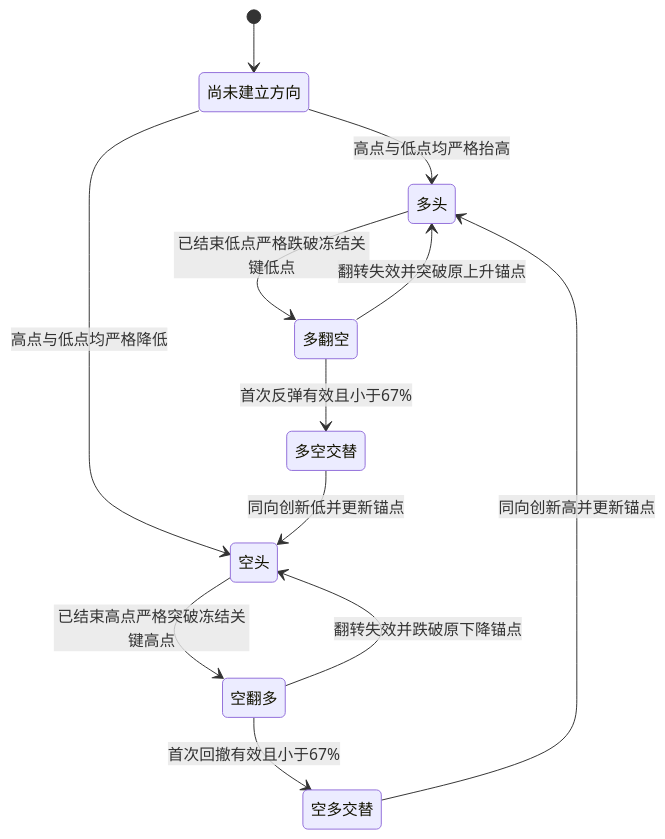
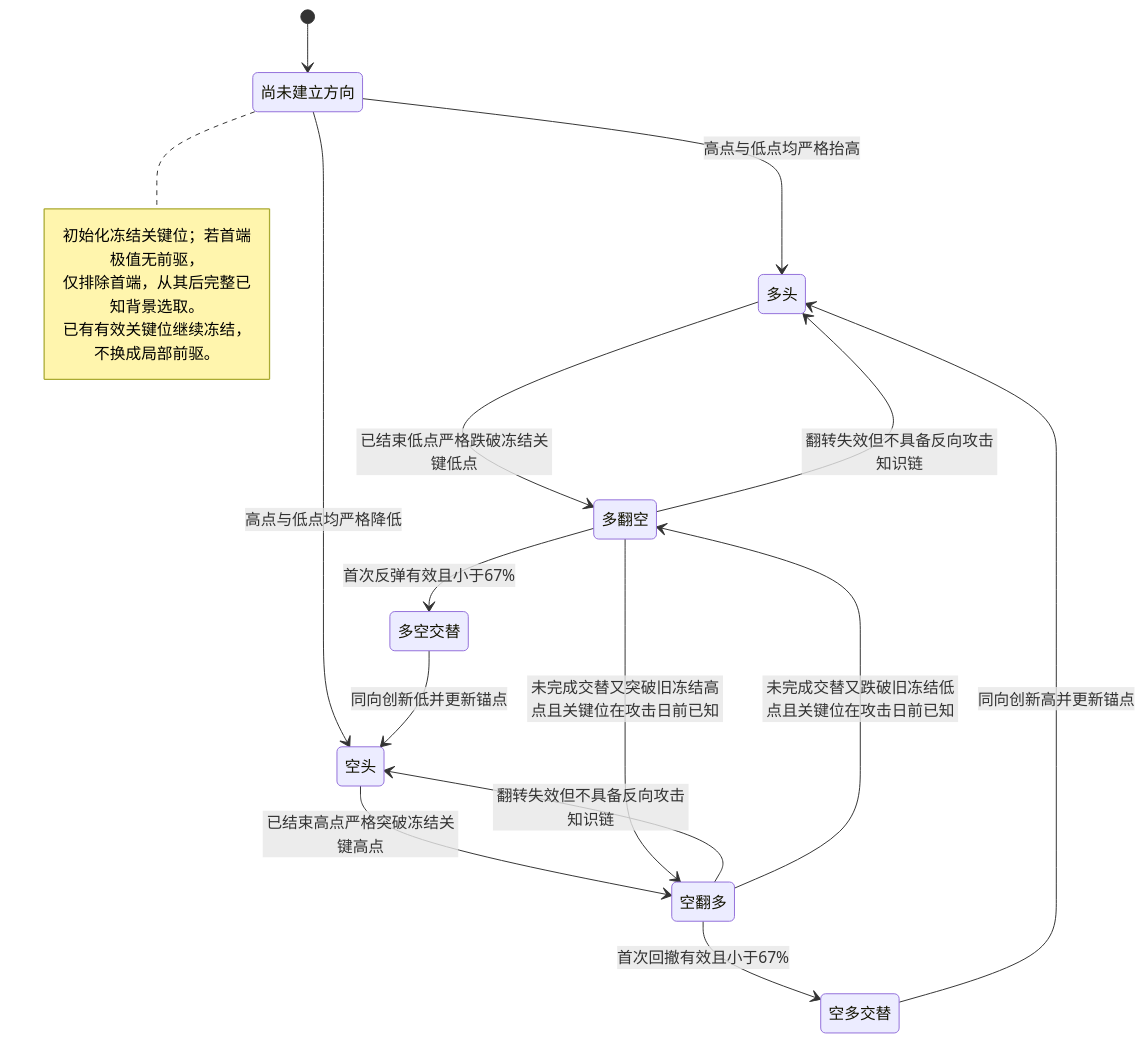
Before and after one commit to bobo553/wavequant-monorepo: the fourth of 9 diagrams in docs/trend-analysis-flow.md, drawn with Mermaid. The commit also changed other lines of this file and 26 other files, not shown here.

Commit message:
feat: 完善Rust资格确认与图表区间

````diff
--- a/docs/trend-analysis-flow.md
+++ b/docs/trend-analysis-flow.md
@@ -141,21 +142,28 @@
 ```mermaid
 stateDiagram-v2
     state "尚未建立方向" as Unknown
     state "空头" as Bear
     state "空翻多" as BearToBull
     state "空多交替" as BearBull
     state "多头" as Bull
     state "多翻空" as BullToBear
     state "多空交替" as BullBear
     [*] --> Unknown
+    note right of Unknown
+        初始化冻结关键位；若首端极值无前驱，
+        仅排除首端，从其后完整已知背景选取。
+        已有有效关键位继续冻结，不换成局部前驱。
+    end note
     Unknown --> Bull: 高点与低点均严格抬高
     Unknown --> Bear: 高点与低点均严格降低
     Bear --> BearToBull: 已结束高点严格突破冻结关键高点
     BearToBull --> BearBull: 首次回撤有效且小于67%
     BearBull --> Bull: 同向创新高并更新锚点
-    BearToBull --> Bear: 翻转失效并跌破原下降锚点
+    BearToBull --> Bear: 翻转失效但不具备反向攻击知识链
     Bull --> BullToBear: 已结束低点严格跌破冻结关键低点
     BullToBear --> BullBear: 首次反弹有效且小于67%
     BullBear --> Bear: 同向创新低并更新锚点
-    BullToBear --> Bull: 翻转失效并突破原上升锚点
+    BullToBear --> BearToBull: 未完成交替又突破旧冻结高点且关键位在攻击日前已知
+    BearToBull --> BullToBear: 未完成交替又跌破旧冻结低点且关键位在攻击日前已知
+    BullToBear --> Bull: 翻转失效但不具备反向攻击知识链
 ```
````
